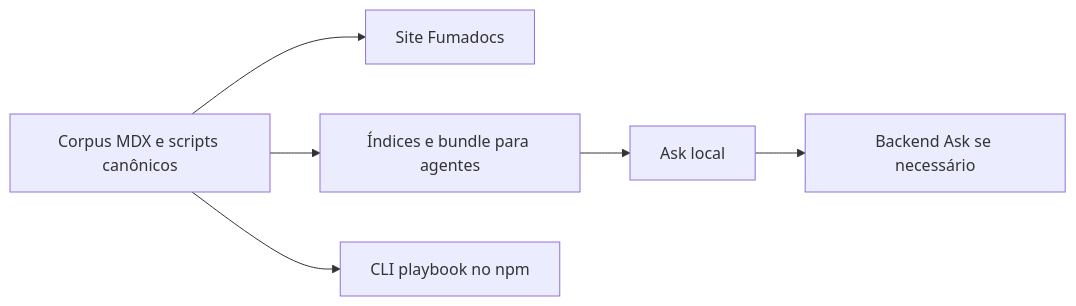
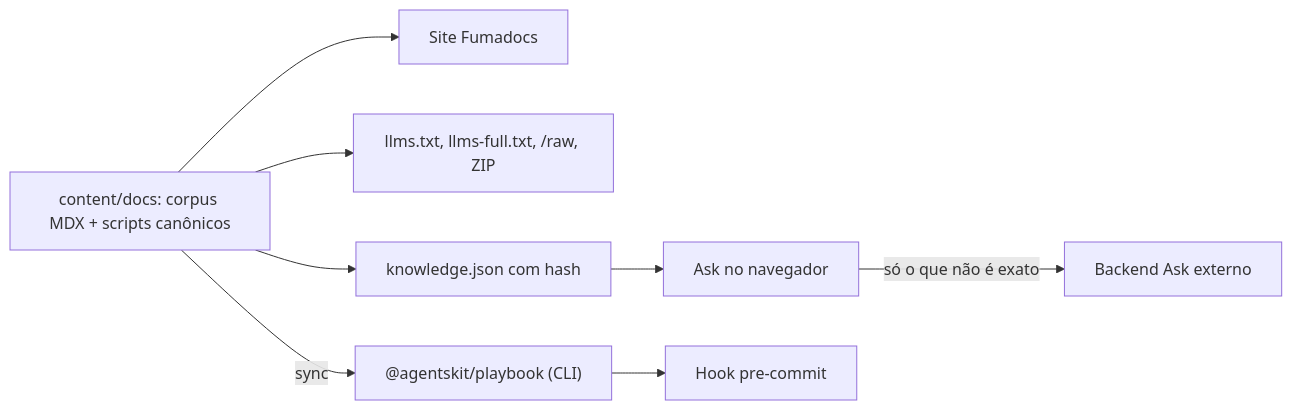
Before and after one commit to AgentsKit-io/agents-playbook: the diagram in .brain/repos/agents-playbook/00 Hub - agents-playbook.md, drawn with Mermaid. The commit also changed other lines of this file and 10 other files, not shown here.

````diff
--- a/.brain/repos/agents-playbook/00 Hub - agents-playbook.md
+++ b/.brain/repos/agents-playbook/00 Hub - agents-playbook.md
@@ -29,8 +51,10 @@
 ```mermaid
 flowchart LR
-  C[Corpus MDX e scripts canônicos] --> S[Site Fumadocs]
-  C --> D[Índices e bundle para agentes]
-  C --> P[CLI playbook no npm]
-  D --> A[Ask local]
-  A --> B[Backend Ask se necessário]
+  C[content/docs: corpus MDX + scripts canônicos] --> S[Site Fumadocs]
+  C --> M[llms.txt, llms-full.txt, /raw, ZIP]
+  C --> K[knowledge.json com hash]
+  C -->|sync| P["@agentskit/playbook (CLI)"]
+  K --> A[Ask no navegador]
+  A -->|só o que não é exato| B[Backend Ask externo]
+  P --> H[Hook pre-commit]
 ```
````
